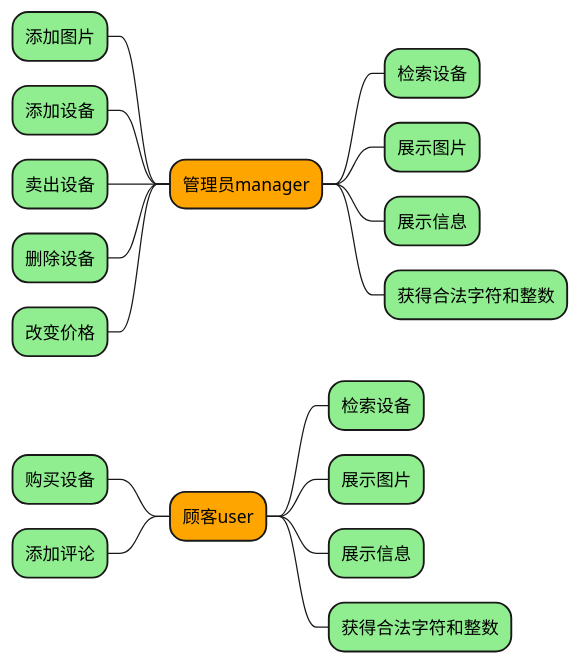
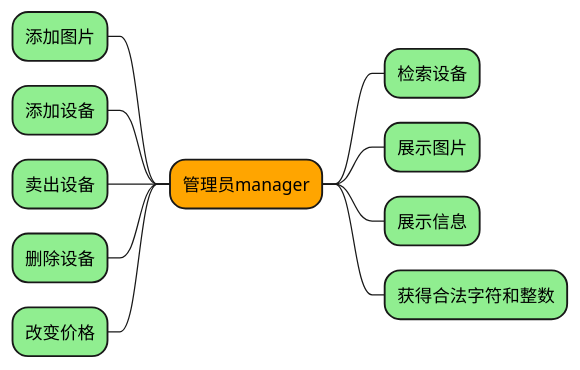
The diagram in src/func.puml (beautifulwq/bookManagement), drawn with PlantUML before and after one commit. The commit also changed 9 other files, not shown here.

```diff
--- a/src/func.puml
+++ b/src/func.puml
@@ -1,24 +1,24 @@
 @startmindmap func
 
 *[#Orange] 管理员manager
 **[#lightgreen] 检索设备
 **[#lightgreen] 展示图片
 **[#lightgreen] 展示信息
 **[#lightgreen] 获得合法字符和整数
 --[#lightgreen] 添加图片
 --[#lightgreen] 添加设备
 --[#lightgreen] 卖出设备
 --[#lightgreen] 删除设备
 --[#lightgreen] 改变价格
 
 
-*[#Orange] 顾客user
-**[#lightgreen] 检索设备
-**[#lightgreen] 展示图片
-**[#lightgreen] 展示信息
---[#lightgreen] 购买设备
---[#lightgreen] 添加评论
-**[#lightgreen] 获得合法字符和整数
+' *[#Orange] 顾客user
+' **[#lightgreen] 检索设备
+' **[#lightgreen] 展示图片
+' **[#lightgreen] 展示信息
+' --[#lightgreen] 购买设备
+' --[#lightgreen] 添加评论
+' **[#lightgreen] 获得合法字符和整数
 
 
 @endmindmap
```
